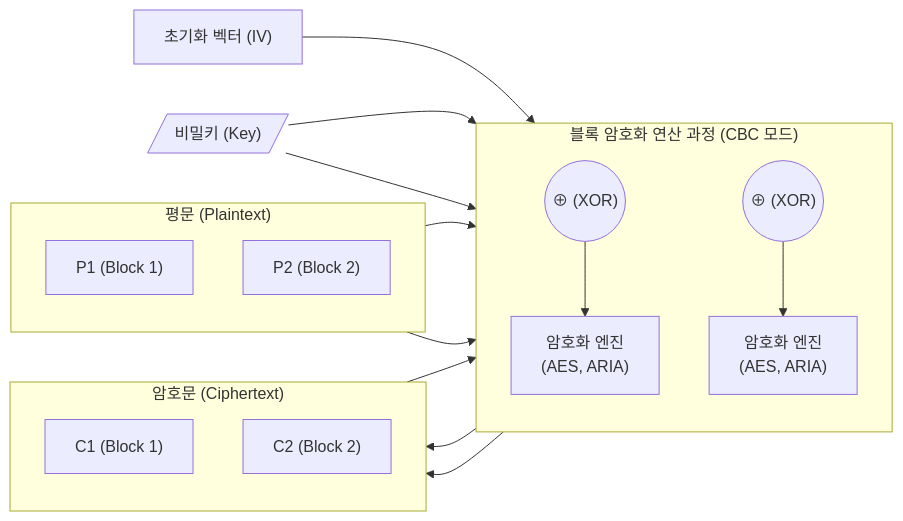
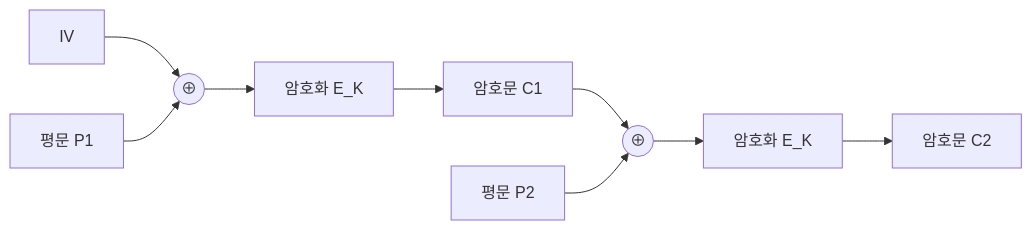
One commit to supremethumb/supremethumb.github.io changed the diagram in content/01_IT Tech/블록 암호화.md. Above: the diagram before and after it, drawn with Mermaid. The commit also changed other lines of this file and 1087 other files, not shown here.

````diff
--- a/content/01_IT Tech/블록 암호화.md
+++ b/content/01_IT Tech/블록 암호화.md
@@ -30,40 +35,11 @@
 ```mermaid
 flowchart LR
-    subgraph Plaintext["평문 (Plaintext)"]
-        direction TB
-        P1["P1 (Block 1)"]
-        P2["P2 (Block 2)"]
-    end
-
-    IV["초기화 벡터 (IV)"]
-
-    subgraph Operation["블록 암호화 연산 과정 (CBC 모드)"]
-        direction TB
-        XOR1(("⊕ (XOR)"))
-        XOR2(("⊕ (XOR)"))
-        
-        E1["암호화 엔진<br/>(AES, ARIA)"]
-        E2["암호화 엔진<br/>(AES, ARIA)"]
-    end
-
-    K1[/"비밀키 (Key)"/]
-    
-    subgraph Ciphertext["암호문 (Ciphertext)"]
-        direction TB
-        C1["C1 (Block 1)"]
-        C2["C2 (Block 2)"]
-    end
-
-    P1 --> XOR1
-    IV --> XOR1
-    XOR1 --> E1
-    K1 --> E1
-    E1 --> C1
-
-    P2 --> XOR2
-    C1 --> XOR2
-    XOR2 --> E2
-    K1 --> E2
-    E2 --> C2
-
+    IV["IV"] --> X1(("⊕"))
+    P1["평문 P1"] --> X1
+    X1 --> E1["암호화 E_K"]
+    E1 --> C1["암호문 C1"]
+    C1 --> X2(("⊕"))
+    P2["평문 P2"] --> X2
+    X2 --> E2["암호화 E_K"]
+    E2 --> C2["암호문 C2"]
 ```
````
